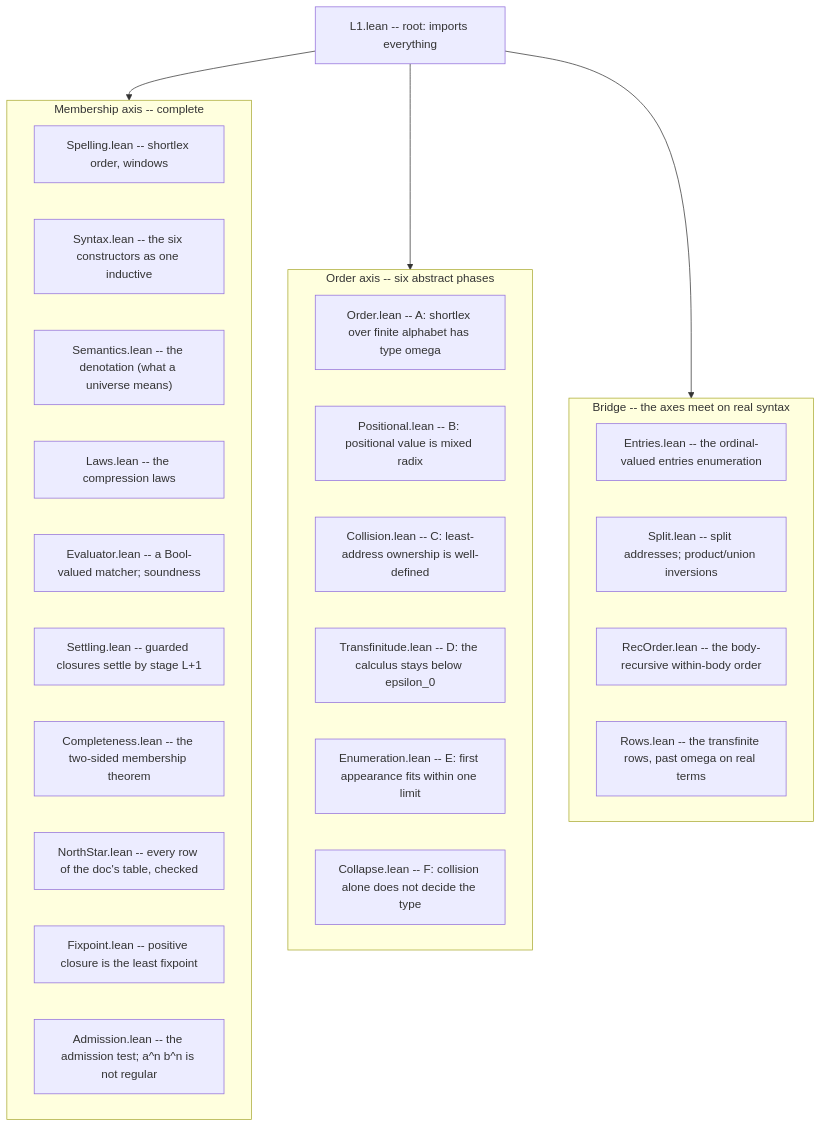
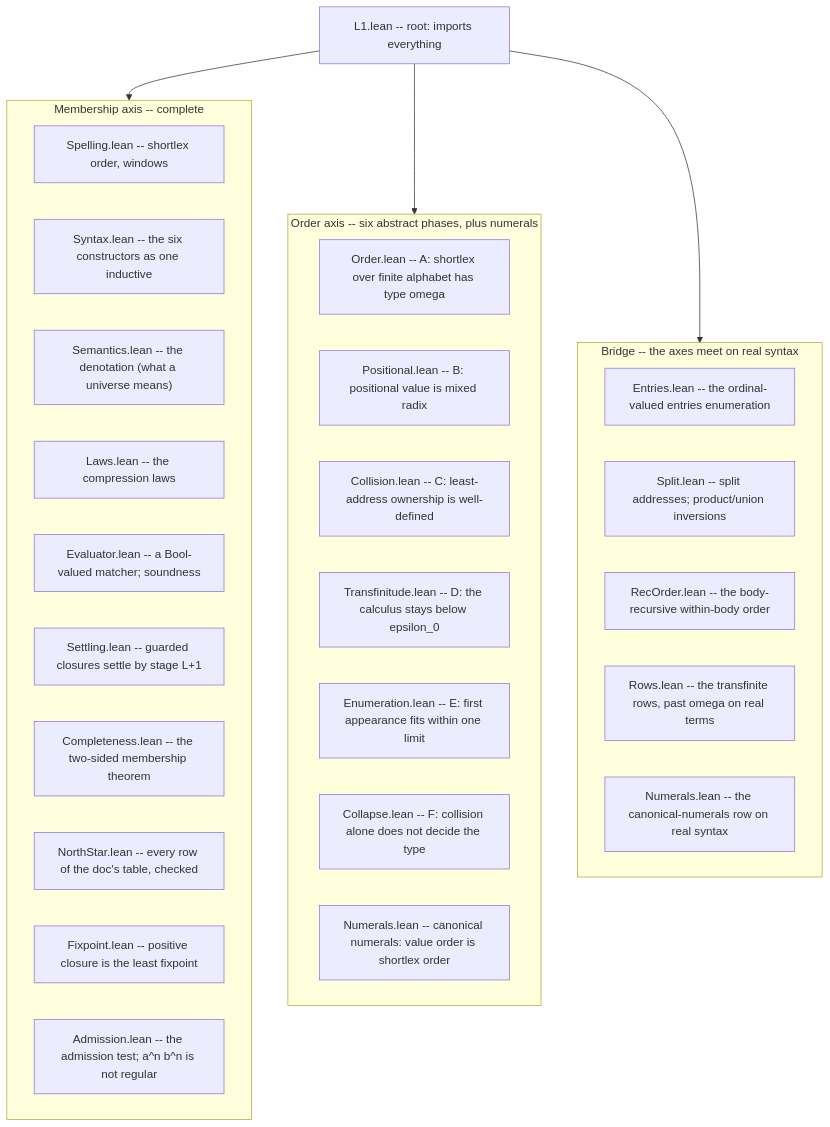
Before and after one commit to BinaryBand/hejmark: the diagram in docs/learn/05-reading-the-mechanization.md, drawn with Mermaid. The commit also changed other lines of this file and 1 other file, not shown here.

Commit message:
docs: update learning materials to reflect numerals implementation and completion status

````diff
--- a/docs/learn/05-reading-the-mechanization.md
+++ b/docs/learn/05-reading-the-mechanization.md
@@ -36,33 +36,35 @@
 ```mermaid
 graph TD
     Root["L1.lean -- root: imports everything"]
     subgraph Membership["Membership axis -- complete"]
         Sp["Spelling.lean -- shortlex order, windows"]
         Sy["Syntax.lean -- the six constructors as one inductive"]
         Se["Semantics.lean -- the denotation (what a universe means)"]
         La["Laws.lean -- the compression laws"]
         Ev["Evaluator.lean -- a Bool-valued matcher; soundness"]
         St["Settling.lean -- guarded closures settle by stage L+1"]
         Co["Completeness.lean -- the two-sided membership theorem"]
         Ns["NorthStar.lean -- every row of the doc's table, checked"]
         Fx["Fixpoint.lean -- positive closure is the least fixpoint"]
         Ad["Admission.lean -- the admission test; a^n b^n is not regular"]
     end
-    subgraph Order["Order axis -- six abstract phases"]
+    subgraph Order["Order axis -- six abstract phases, plus numerals"]
         Or["Order.lean -- A: shortlex over finite alphabet has type omega"]
         Po["Positional.lean -- B: positional value is mixed radix"]
         Cl["Collision.lean -- C: least-address ownership is well-defined"]
         Tr["Transfinitude.lean -- D: the calculus stays below epsilon_0"]
         En["Enumeration.lean -- E: first appearance fits within one limit"]
         Cp["Collapse.lean -- F: collision alone does not decide the type"]
+        Nu["Numerals.lean -- canonical numerals: value order is shortlex order"]
     end
     subgraph Bridge["Bridge -- the axes meet on real syntax"]
         Be["Entries.lean -- the ordinal-valued entries enumeration"]
         Bs["Split.lean -- split addresses; product/union inversions"]
         Br["RecOrder.lean -- the body-recursive within-body order"]
         Bw["Rows.lean -- the transfinite rows, past omega on real terms"]
+        Bn["Numerals.lean -- the canonical-numerals row on real syntax"]
     end
     Root --> Membership
     Root --> Order
     Root --> Bridge
 ```
````
